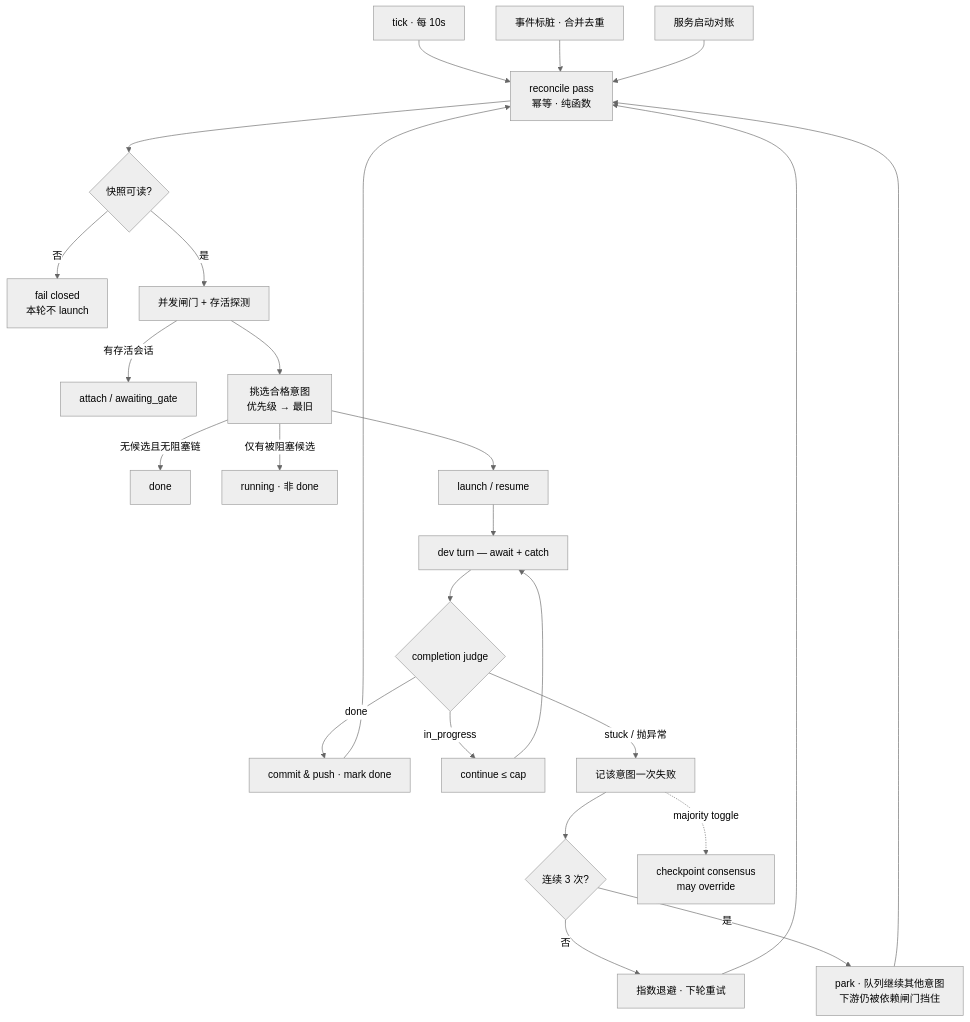
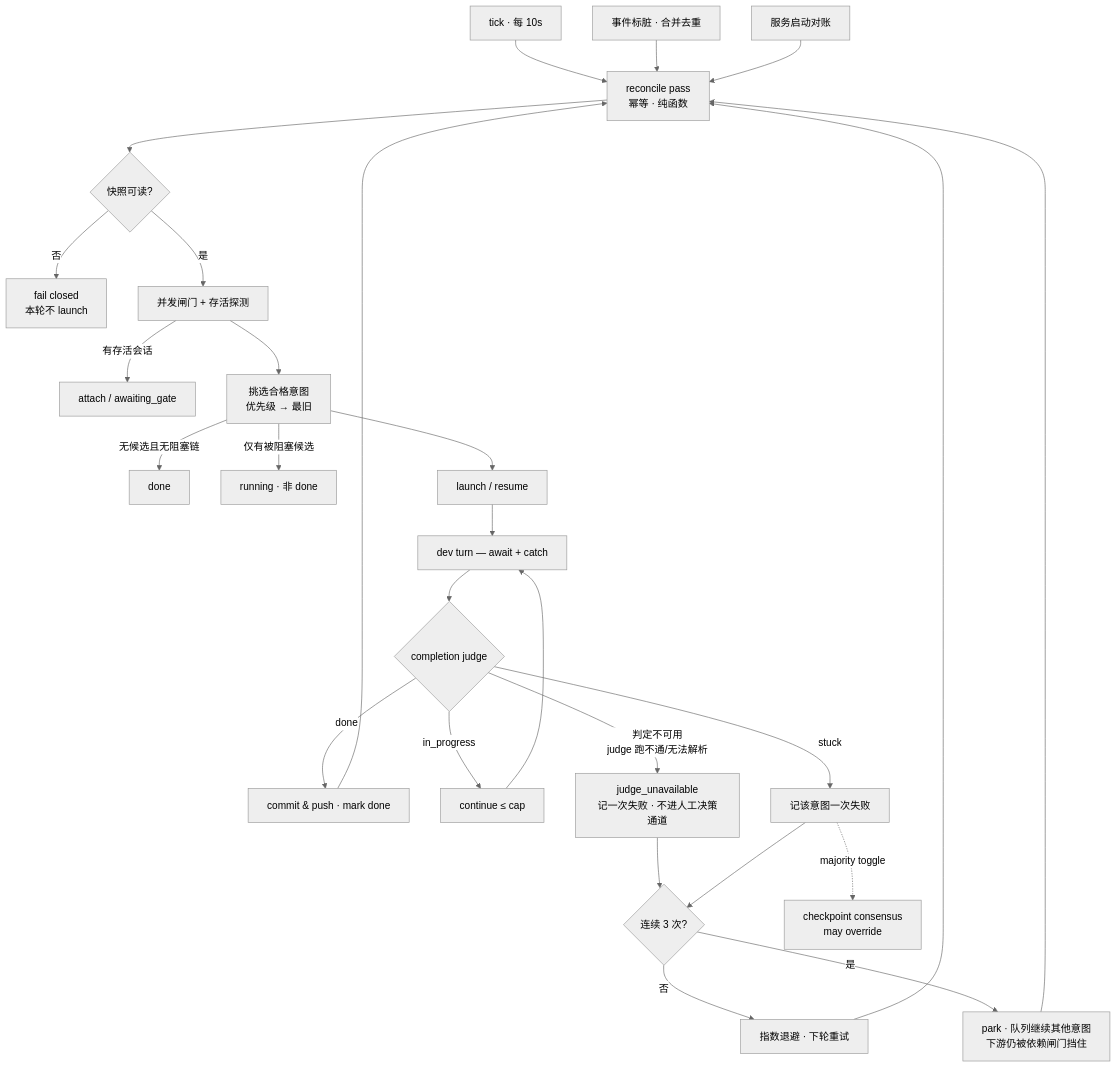
One commit to sequencestream/c3 changed the diagram in doc/flows/flow-automation-orchestrator.md. Above: the diagram before and after it, drawn with Mermaid (neutral theme). The commit also changed other lines of this file and 16 other files, not shown here.

First line of the commit message:
fix(intents): judge 走 relay,判定不可用不再伪装成 stuck

````diff
--- a/doc/flows/flow-automation-orchestrator.md
+++ b/doc/flows/flow-automation-orchestrator.md
@@ -21,27 +21,29 @@
 ```mermaid
 flowchart TD
     T1[tick · 每 10s] --> P
     T2[事件标脏 · 合并去重] --> P
     T3[服务启动对账] --> P
     P[reconcile pass<br/>幂等 · 纯函数] --> SNAP{快照可读?}
     SNAP -- 否 --> FC[fail closed<br/>本轮不 launch]
     SNAP -- 是 --> GATE[并发闸门 + 存活探测]
     GATE -- 有存活会话 --> ATT[attach / awaiting_gate]
     GATE --> PICK[挑选合格意图<br/>优先级 → 最旧]
     PICK -- 无候选且无阻塞链 --> DONE[done]
     PICK -- 仅有被阻塞候选 --> RUN[running · 非 done]
     PICK --> ACT[launch / resume]
     ACT --> DEVT[dev turn — await + catch]
     DEVT --> J{completion judge}
     J -- done --> CP[commit & push · mark done]
     J -- in_progress --> CONT[continue ≤ cap]
-    J -- stuck / 抛异常 --> FAIL[记该意图一次失败]
+    J -- stuck --> FAIL[记该意图一次失败]
+    J -- 判定不可用<br/>judge 跑不通/无法解析 --> FAILU[judge_unavailable<br/>记一次失败 · 不进人工决策通道]
     CONT --> DEVT
+    FAILU --> BO
     FAIL --> BO{连续 3 次?}
     BO -- 否 --> BACK[指数退避 · 下轮重试]
     BO -- 是 --> PARK[park · 队列继续其他意图<br/>下游仍被依赖闸门挡住]
     CP --> P
     BACK --> P
     PARK --> P
     FAIL -. majority toggle .-> CC[checkpoint consensus<br/>may override]
 ```
````
